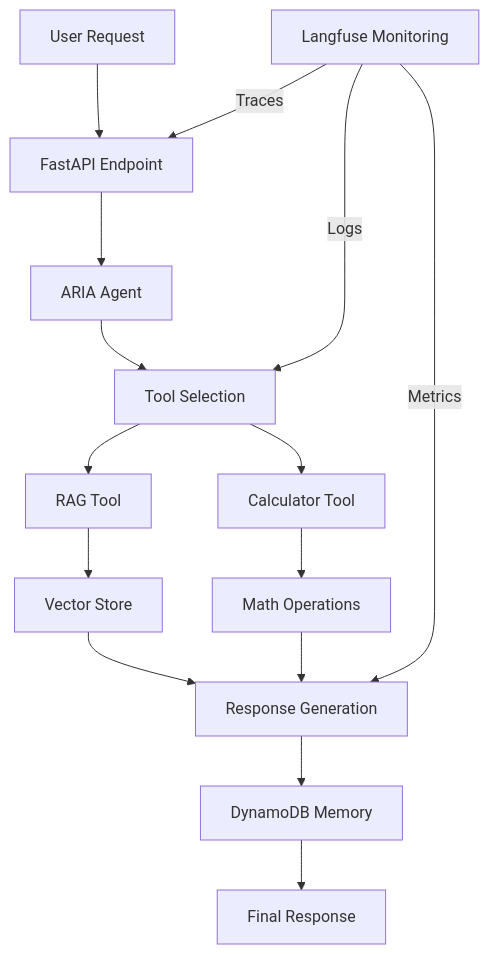
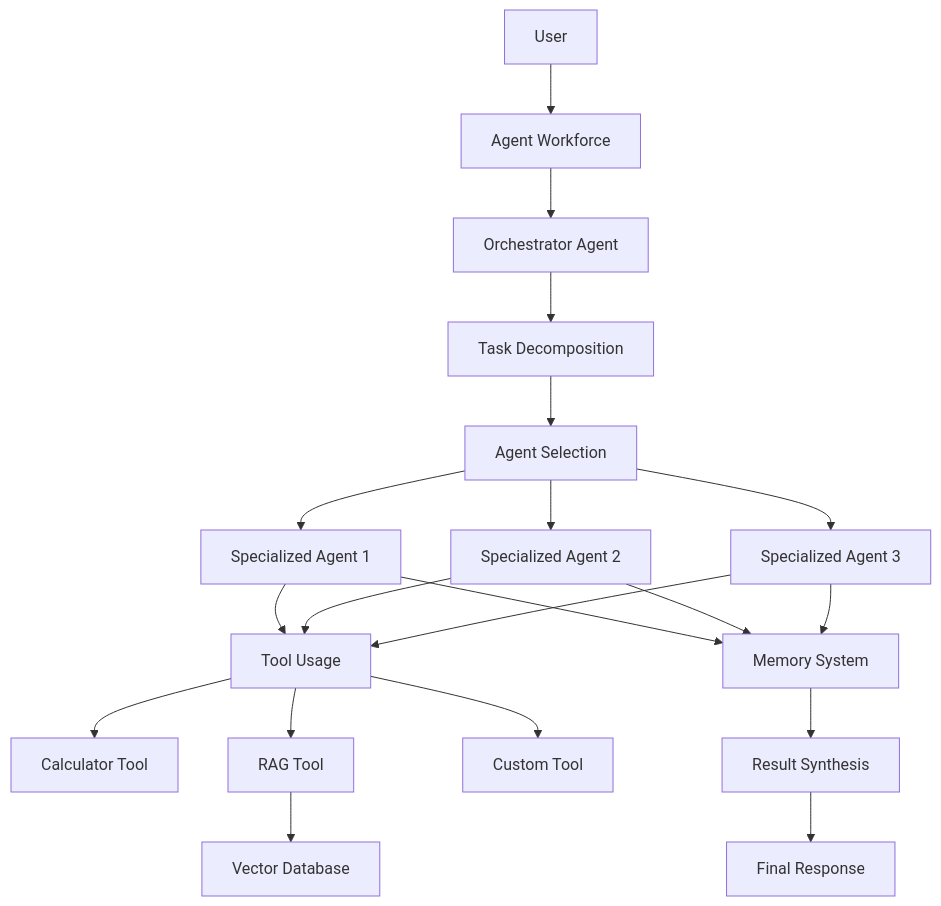
One commit to emaginest/agents-hub changed the diagram in README.md. Above: the diagram before and after it, drawn with Mermaid. The commit also changed other lines of this file and 129 other files, not shown here.

````diff
--- a/README.md
+++ b/README.md
@@ -492,17 +507,22 @@
 ```mermaid
 graph TD
-    A[User Request] --> B[FastAPI Endpoint]
-    B --> C[ARIA Agent]
-    C --> D[Tool Selection]
-    D --> E[RAG Tool]
-    D --> F[Calculator Tool]
-    E --> G[Vector Store]
-    F --> H[Math Operations]
-    G --> I[Response Generation]
-    H --> I
-    I --> J[DynamoDB Memory]
-    J --> K[Final Response]
-    L[Langfuse Monitoring] --> |Traces| B
-    L --> |Logs| D
-    L --> |Metrics| I
+    A[User] --> B[Agent Workforce]
+    B --> C[Orchestrator Agent]
+    C --> D[Task Decomposition]
+    D --> E[Agent Selection]
+    E --> F1[Specialized Agent 1]
+    E --> F2[Specialized Agent 2]
+    E --> F3[Specialized Agent 3]
+    F1 --> G[Tool Usage]
+    F2 --> G
+    F3 --> G
+    G --> H1[Calculator Tool]
+    G --> H2[RAG Tool]
+    G --> H3[Custom Tool]
+    H2 --> I[Vector Database]
+    F1 --> J[Memory System]
+    F2 --> J
+    F3 --> J
+    J --> K[Result Synthesis]
+    K --> L[Final Response]
 ```
````
